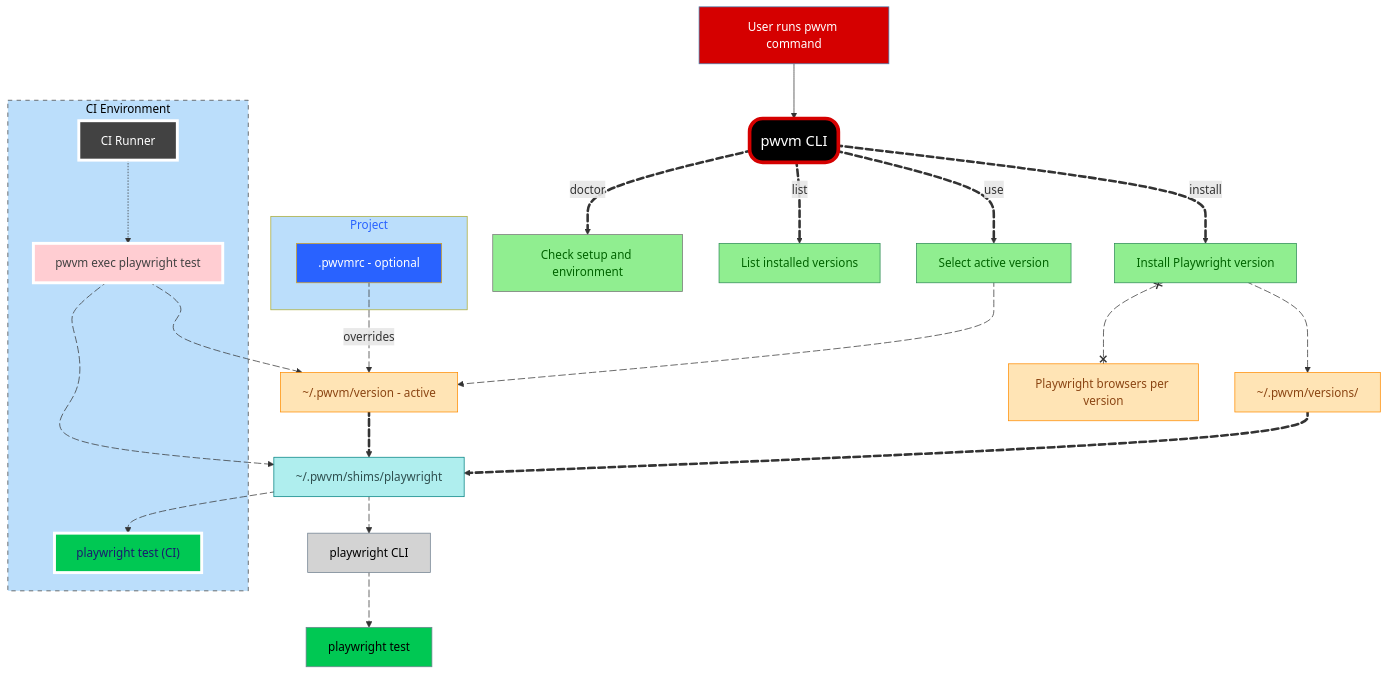
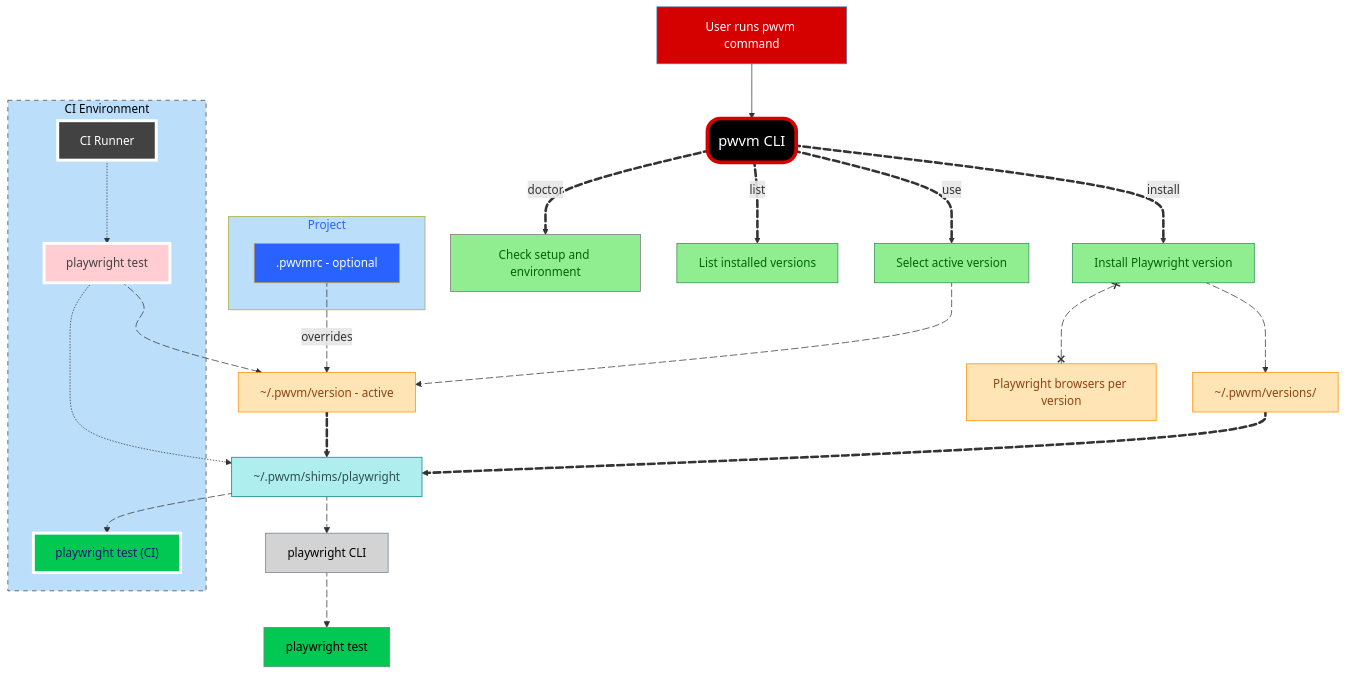
Before and after one commit to eaccmk/pwvm: the diagram in .github/README.md, drawn with Mermaid. The commit also changed other lines of this file and 2 other files, not shown here.

````diff
--- a/.github/README.md
+++ b/.github/README.md
@@ -76,79 +76,78 @@
 ```mermaid
 flowchart TB
  subgraph Project["Project"]
         RC[".pwvmrc - optional"]
   end
  subgraph CIEnv["CI Environment"]
         CI["CI Runner"]
-        CI_CMD["pwvm exec playwright test"]
+        CI_CMD["playwright test"]
         CI_Tests["playwright test (CI)"]
   end
     User["User runs pwvm command"] --> Cmd["pwvm CLI"]
     Cmd L_Cmd_Install_0@== install ==> Install["Install Playwright version"]
     Cmd L_Cmd_Use_0@== use ==> Use["Select active version"]
     Cmd L_Cmd_List_0@== list ==> List["List installed versions"]
     Cmd L_Cmd_Doctor_0@== doctor ==> Doctor["Check setup and environment"]
     Install L_Install_VersionsDir_0@--> VersionsDir["~/.pwvm/versions/"]
     Install L_Install_Browsers_0@x--x Browsers["Playwright browsers per version"]
     Use L_Use_Active_0@-.-> Active["~/.pwvm/version - active"]
     Active L_Active_Shims_0@==> Shims["~/.pwvm/shims/playwright"]
     VersionsDir L_VersionsDir_Shims_0@==> Shims
     Shims L_Shims_PlaywrightCLI_0@--> PlaywrightCLI["playwright CLI"]
     PlaywrightCLI L_PlaywrightCLI_Tests_0@--> Tests["playwright test"]
     RC L_RC_Active_0@-- overrides --> Active
     CI -.-> CI_CMD
     CI_CMD L_CI_CMD_Active_0@-.-> Active & Shims
     Shims L_Shims_CI_Tests_0@-.-> CI_Tests
 
     Cmd@{ shape: rounded}
      RC:::config
      CI:::ci
      CI_CMD:::ci
      CI_Tests:::ci
      User:::user
      Cmd:::cli
      Install:::command
      Use:::command
      List:::command
      Doctor:::command
      VersionsDir:::fs
      Browsers:::fs
      Active:::fs
      Shims:::shim
      PlaywrightCLI:::exec
      Tests:::exec
     classDef user fill:lightblue,stroke:steelblue,color:midnightblue
     classDef cli fill:black,stroke:purple,color:white
     classDef command fill:lightgreen,stroke:seagreen,color:darkgreen
     classDef fs fill:moccasin,stroke:darkorange,color:saddlebrown
     classDef shim fill:paleturquoise,stroke:teal,color:darkslategray
     classDef exec fill:lightgray,stroke:slategray,color:black
     classDef config fill:lemonchiffon,stroke:goldenrod,color:darkgoldenrod
     classDef ci fill:aliceblue,stroke:steelblue,color:midnightblue,stroke-dasharray:5 5
     style RC fill:#2962FF,color:#FFFFFF
     style CI fill:#424242,color:#FFFFFF,stroke:#FFFFFF,stroke-width:4px,stroke-dasharray: 0
     style CI_CMD color:#424242,fill:#FFCDD2,stroke:#FFFFFF,stroke-width:4px,stroke-dasharray: 0
     style CI_Tests fill:#00C853,stroke-width:4px,stroke-dasharray: 0,stroke:#FFFFFF
     style User color:#FFFFFF,fill:#D50000
     style Cmd rx:18,ry:18,padding:18px,font-size:20px,stroke-width:5px,stroke:#D50000
     style Doctor stroke:#757575
     style Tests fill:#00C853
     style CIEnv fill:#BBDEFB,stroke:#424242,stroke-dasharray:6 6,color:#000000
     style Project fill:#BBDEFB,color:#2962FF
 
     L_Cmd_Install_0@{ animation: slow } 
     L_Cmd_Use_0@{ animation: slow } 
     L_Cmd_List_0@{ animation: slow } 
     L_Cmd_Doctor_0@{ animation: slow } 
     L_Install_VersionsDir_0@{ animation: slow } 
     L_Install_Browsers_0@{ animation: slow } 
     L_Use_Active_0@{ animation: slow } 
     L_Active_Shims_0@{ animation: slow } 
     L_VersionsDir_Shims_0@{ animation: fast } 
     L_Shims_PlaywrightCLI_0@{ animation: slow } 
     L_PlaywrightCLI_Tests_0@{ animation: fast } 
     L_RC_Active_0@{ animation: slow } 
     L_CI_CMD_Active_0@{ curve: natural, animation: slow } 
-    L_CI_CMD_Shims_0@{ curve: natural, animation: slow } 
     L_Shims_CI_Tests_0@{ animation: slow }
 ```
````
